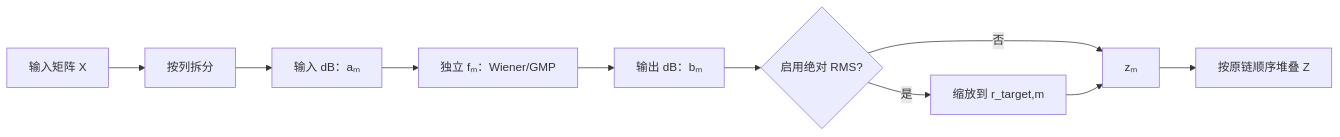
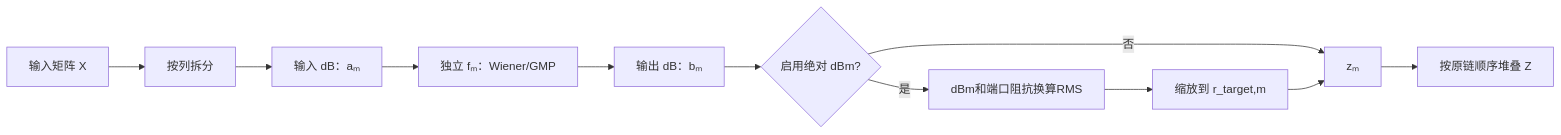
One commit to niyilu45/DPD_ILC changed the fifth of 6 diagrams in doc/PaModel.md. Above: the diagram before and after it, drawn with Mermaid. The commit also changed other lines of this file and 15 other files, not shown here.

````diff
--- a/doc/PaModel.md
+++ b/doc/PaModel.md
@@ -551,12 +594,13 @@
 ```mermaid
 flowchart LR
     matrix["输入矩阵 X"] --> split["按列拆分"]
     split --> in0["输入 dB：aₘ"]
     in0 --> pa0["独立 fₘ：Wiener/GMP"]
     pa0 --> out0["输出 dB：bₘ"]
-    out0 --> target{"启用绝对 RMS?"}
+    out0 --> target{"启用绝对 dBm?"}
     target -->|否| column["zₘ"]
-    target -->|是| normalize["缩放到 r_target,m"]
+    target -->|是| convert["dBm和端口阻抗换算RMS"]
+    convert --> normalize["缩放到 r_target,m"]
     normalize --> column
     column --> stack["按原链顺序堆叠 Z"]
 ```
````
